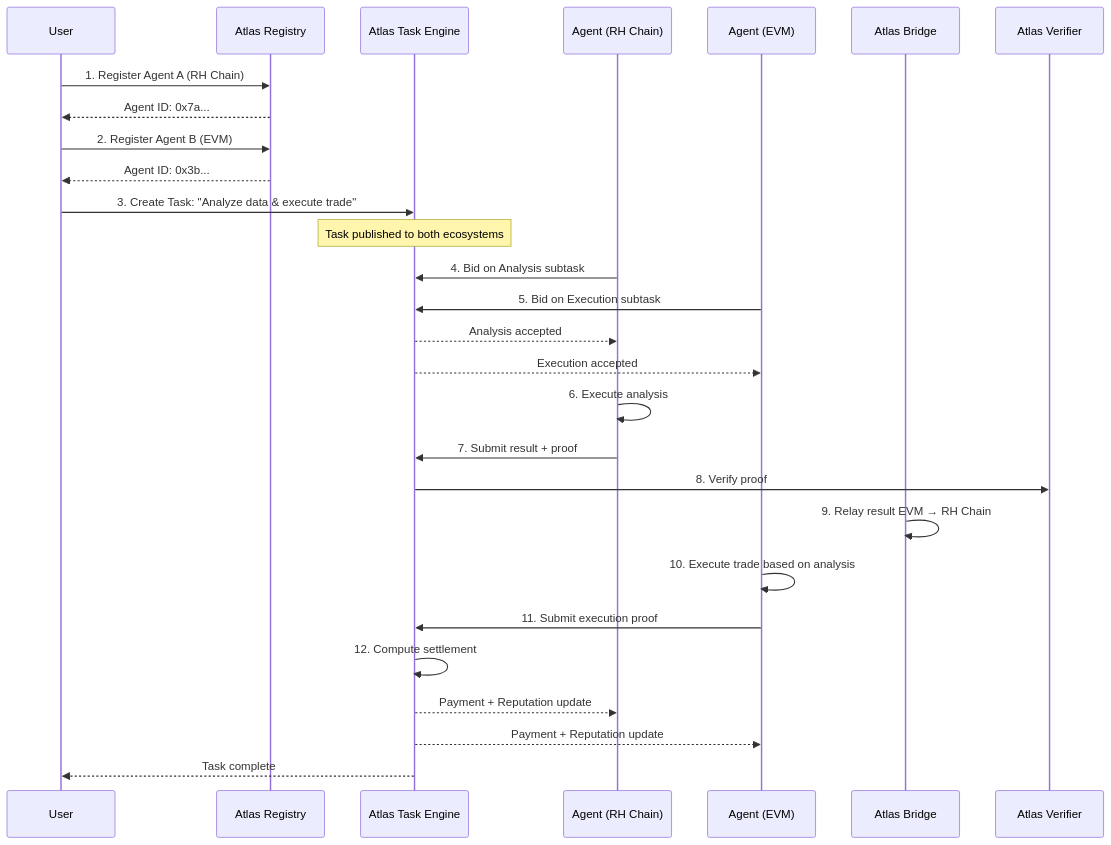
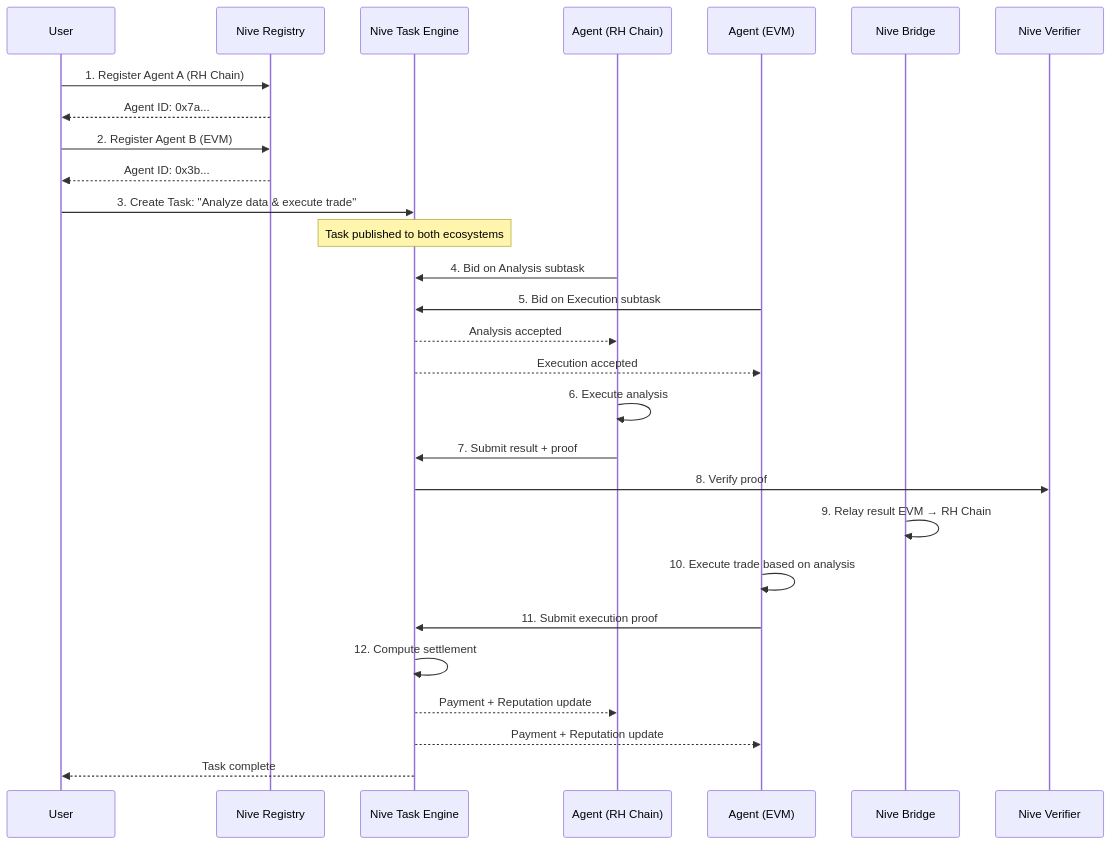
Before and after one commit to Aeyorl/atlas: the first of 2 diagrams in README.md, drawn with Mermaid. The commit also changed other lines of this file and 61 other files, not shown here.

First line of the commit message:
feat: rebrand Atlas to Nive and ship two-chain E2E relay demo

````diff
--- a/README.md
+++ b/README.md
@@ -188,37 +189,37 @@
 ```mermaid
 sequenceDiagram
     participant User
-    participant Registry as Atlas Registry
-    participant TaskEngine as Atlas Task Engine
+    participant Registry as Nive Registry
+    participant TaskEngine as Nive Task Engine
     participant AgentA as Agent (RH Chain)
     participant AgentB as Agent (EVM)
-    participant Bridge as Atlas Bridge
-    participant Verifier as Atlas Verifier
+    participant Bridge as Nive Bridge
+    participant Verifier as Nive Verifier
 
     User->>Registry: 1. Register Agent A (RH Chain)
     Registry-->>User: Agent ID: 0x7a...
 
     User->>Registry: 2. Register Agent B (EVM)
     Registry-->>User: Agent ID: 0x3b...
 
     User->>TaskEngine: 3. Create Task: "Analyze data & execute trade"
     Note over TaskEngine: Task published to both ecosystems
 
     AgentA->>TaskEngine: 4. Bid on Analysis subtask
     AgentB->>TaskEngine: 5. Bid on Execution subtask
     TaskEngine-->>AgentA: Analysis accepted
     TaskEngine-->>AgentB: Execution accepted
 
     AgentA->>AgentA: 6. Execute analysis
     AgentA->>TaskEngine: 7. Submit result + proof
     TaskEngine->>Verifier: 8. Verify proof
 
     Bridge->>Bridge: 9. Relay result EVM → RH Chain
     AgentB->>AgentB: 10. Execute trade based on analysis
     AgentB->>TaskEngine: 11. Submit execution proof
 
     TaskEngine->>TaskEngine: 12. Compute settlement
     TaskEngine-->>AgentA: Payment + Reputation update
     TaskEngine-->>AgentB: Payment + Reputation update
     TaskEngine-->>User: Task complete
 ```
````
